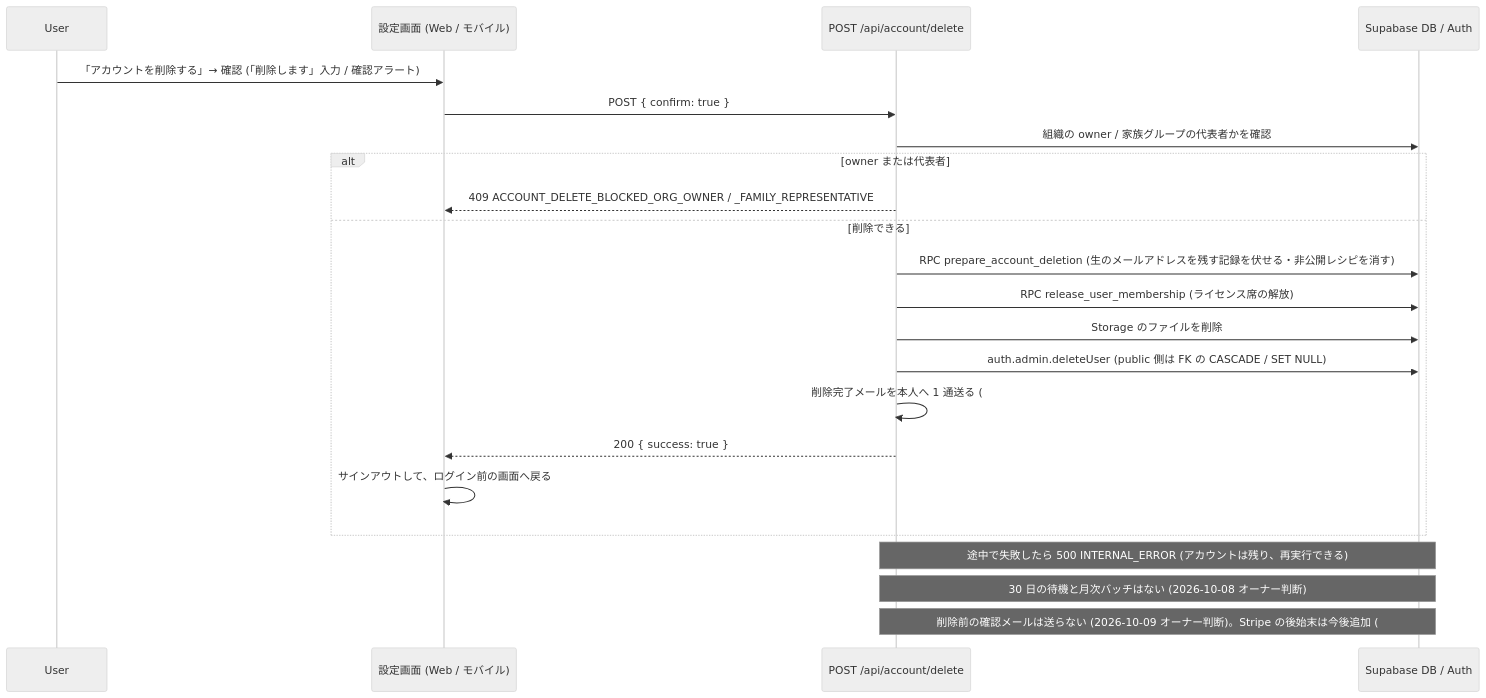
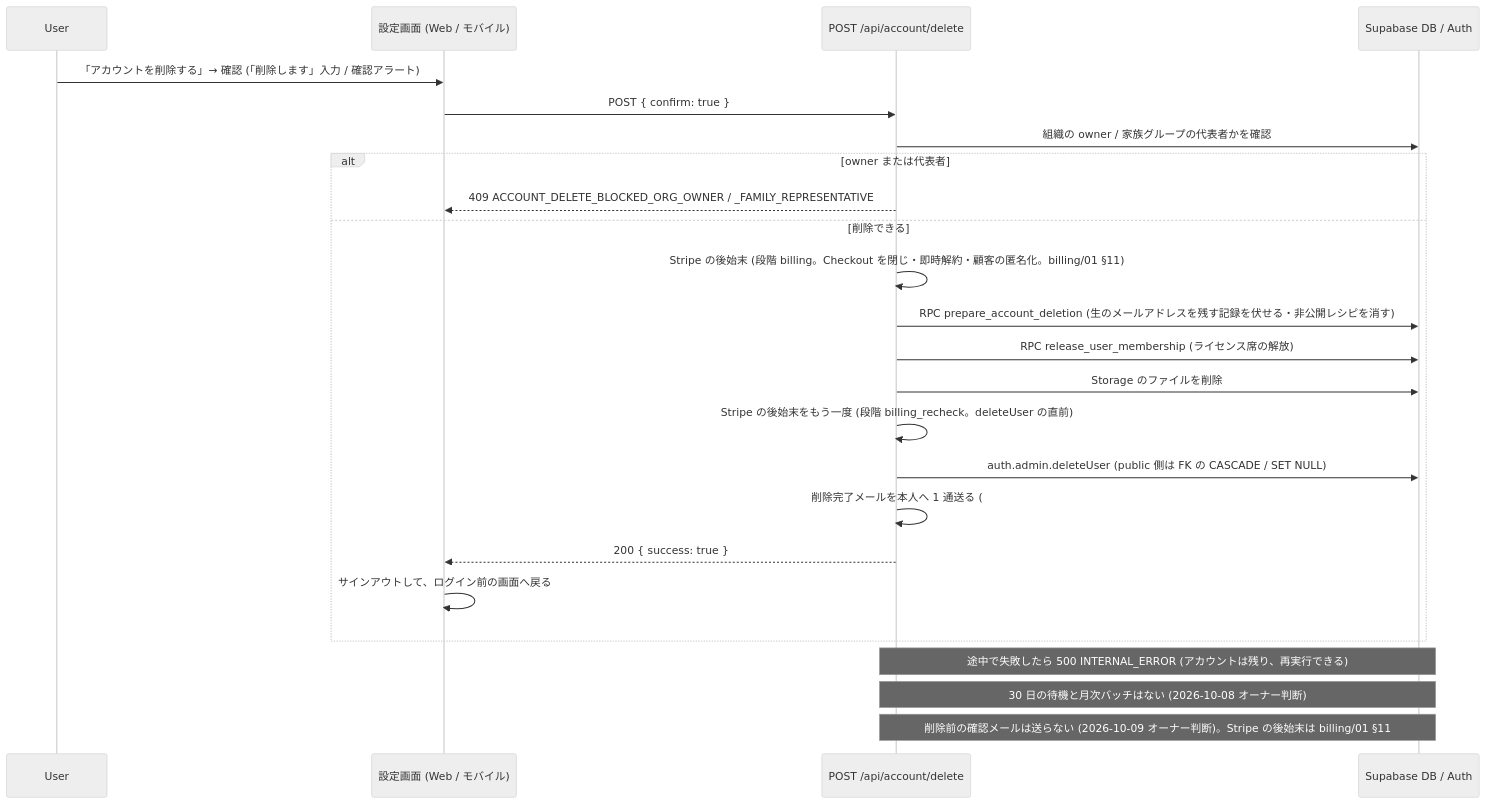
The diagram in docs/design/operator/09-runbook.md (DaisukeHori/homegohan-app), drawn with Mermaid (neutral theme) before and after one commit. The commit also changed other lines of this file and 15 other files, not shown here.

````diff
--- a/docs/design/operator/09-runbook.md
+++ b/docs/design/operator/09-runbook.md
@@ -712,26 +717,28 @@
 ```mermaid
 sequenceDiagram
   participant User
   participant App as 設定画面 (Web / モバイル)
   participant API as POST /api/account/delete
   participant DB as Supabase DB / Auth
 
   User->>App: 「アカウントを削除する」→ 確認 (「削除します」入力 / 確認アラート)
   App->>API: POST { confirm: true }
   API->>DB: 組織の owner / 家族グループの代表者かを確認
   alt owner または代表者
     API-->>App: 409 ACCOUNT_DELETE_BLOCKED_ORG_OWNER / _FAMILY_REPRESENTATIVE
   else 削除できる
+    API->>API: Stripe の後始末 (段階 billing。Checkout を閉じ・即時解約・顧客の匿名化。billing/01 §11)
     API->>DB: RPC prepare_account_deletion (生のメールアドレスを残す記録を伏せる・非公開レシピを消す)
     API->>DB: RPC release_user_membership (ライセンス席の解放)
     API->>DB: Storage のファイルを削除
+    API->>API: Stripe の後始末をもう一度 (段階 billing_recheck。deleteUser の直前)
     API->>DB: auth.admin.deleteUser (public 側は FK の CASCADE / SET NULL)
     API->>API: 削除完了メールを本人へ 1 通送る (#1152。送信に失敗しても 200)
     API-->>App: 200 { success: true }
     App->>App: サインアウトして、ログイン前の画面へ戻る
   end
   Note over API,DB: 途中で失敗したら 500 INTERNAL_ERROR (アカウントは残り、再実行できる)
 
   Note over API,DB: 30 日の待機と月次バッチはない (2026-10-08 オーナー判断)
-  Note over API,DB: 削除前の確認メールは送らない (2026-10-09 オーナー判断)。Stripe の後始末は今後追加 (#1447)
+  Note over API,DB: 削除前の確認メールは送らない (2026-10-09 オーナー判断)。Stripe の後始末は billing/01 §11
 ```
````
